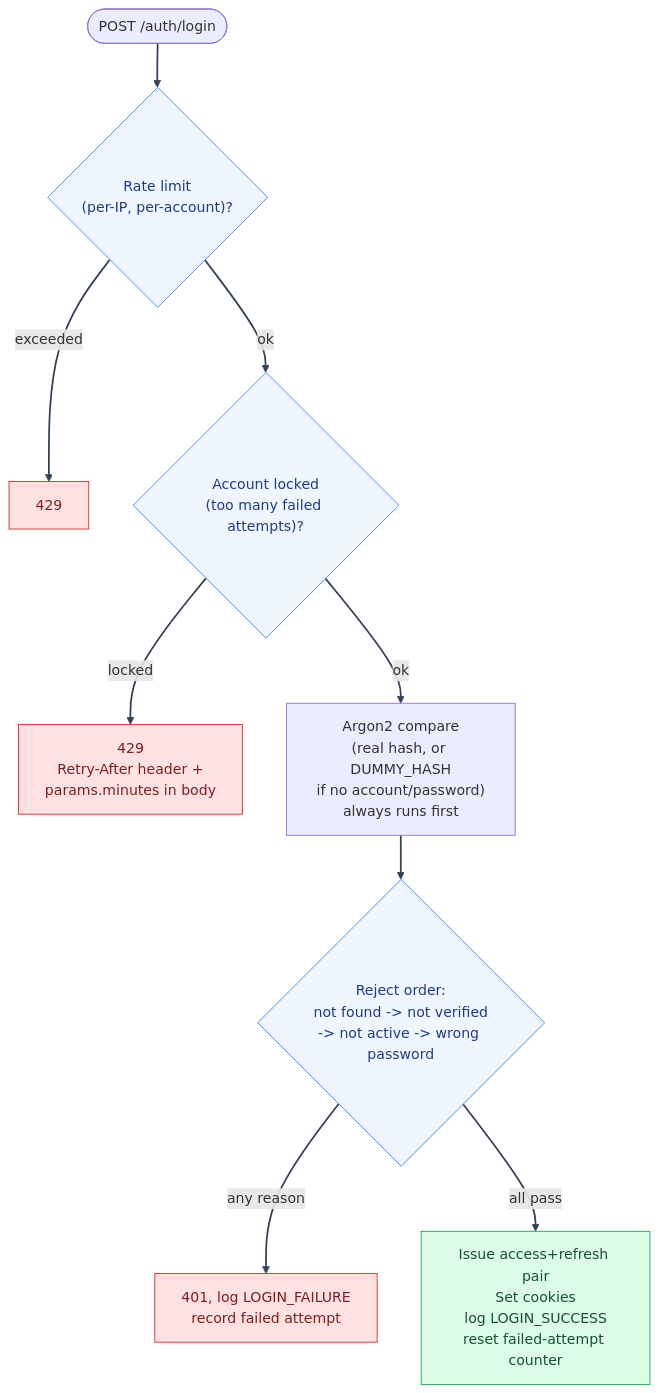
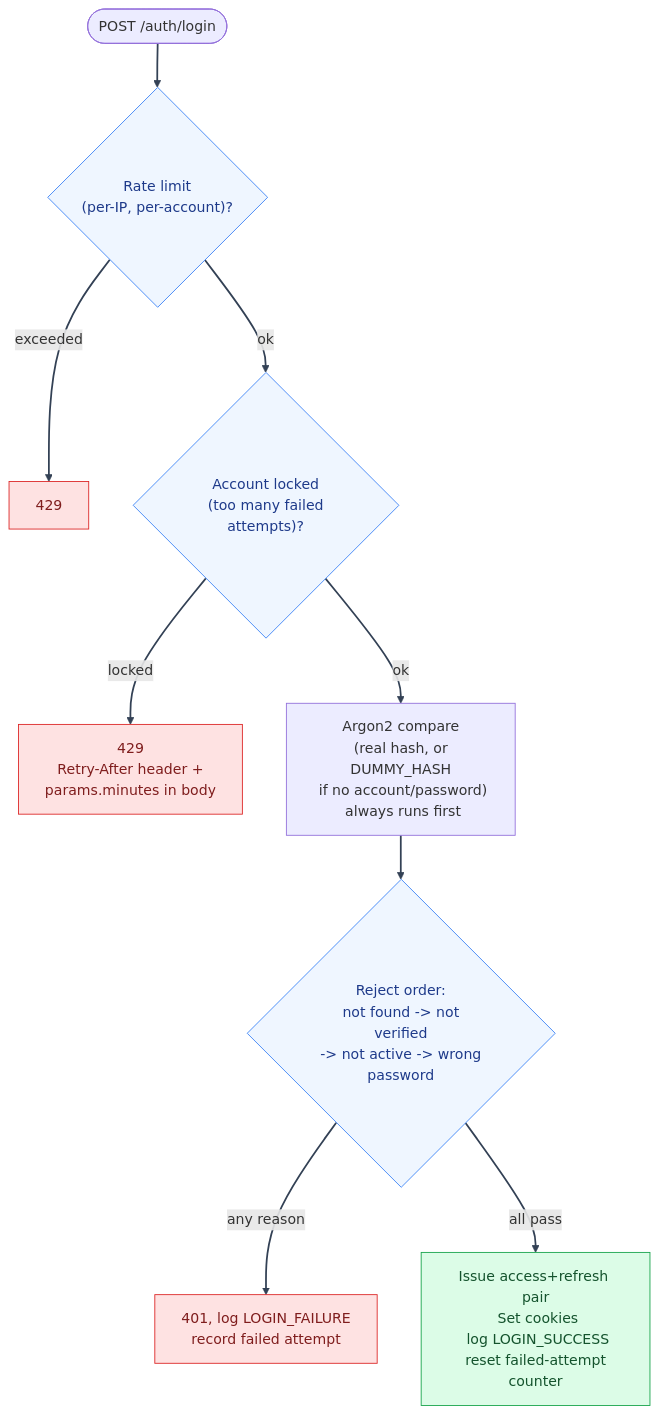
Before and after one commit to Nachiket-2024/mystic-auth: the diagram in docs/mystic_auth/authentication/login.md, drawn with Mermaid. The commit also changed other lines of this file and 708 other files, not shown here.

````diff
--- a/docs/mystic_auth/authentication/login.md
+++ b/docs/mystic_auth/authentication/login.md
@@ -24,20 +24,19 @@
 ```mermaid
 %%{init: {"themeVariables": {"lineColor": "#334155"}} }%%
 flowchart TD
-    Start(["POST /auth/login"]) --> RL{"Rate limit\n(per-IP, per-account)?"}
+    Start(["POST /auth/login"]) --> RL{"Rate limit\n (per-IP, per-account)?"}
     RL -- "exceeded" --> R429["429"]
-    RL -- "ok" --> LK{"Account locked\n(too many failed attempts)?"}
-    LK -- "locked" --> L429["429\nRetry-After header +\nparams.minutes in body"]
-    LK -- "ok" --> Hash["Argon2 compare\n(real hash, or DUMMY_HASH\nif no account/password)\nalways runs first"]
-    Hash --> Order{"Reject order:\nnot found -> not verified\n-> not active -> wrong password"}
-    Order -- "any reason" --> Fail["401, log LOGIN_FAILURE\nrecord failed attempt"]
-    Order -- "all pass" --> Success["Issue access+refresh pair\nSet cookies\nlog LOGIN_SUCCESS\nreset failed-attempt counter"]
-
+    RL -- "ok" --> LK{"Account locked\n (too many failed attempts)?"}
+    LK -- "locked" --> L429["429\n Retry-After header +\n params.minutes in body"]
+    LK -- "ok" --> Hash["Argon2 compare\n (real hash, or DUMMY_HASH\n if no account/password)\n always runs first"]
+    Hash --> Order{"Reject order:\n not found -> not verified\n -> not active -> wrong password"}
+    Order -- "any reason" --> Fail["401, log LOGIN_FAILURE\n record failed attempt"]
+    Order -- "all pass" --> Success["Issue access+refresh pair\n Set cookies\n log LOGIN_SUCCESS\n reset failed-attempt counter"]
     classDef success fill:#dcfce7,stroke:#16a34a,color:#14532d
     classDef blocked fill:#fee2e2,stroke:#dc2626,color:#7f1d1d
     classDef decision fill:#eff6ff,stroke:#3b82f6,color:#1e3a8a
     class Success success
     class R429,L429,Fail blocked
     class RL,LK,Order decision
     linkStyle default stroke:#334155,stroke-width:2px
 ```
````
